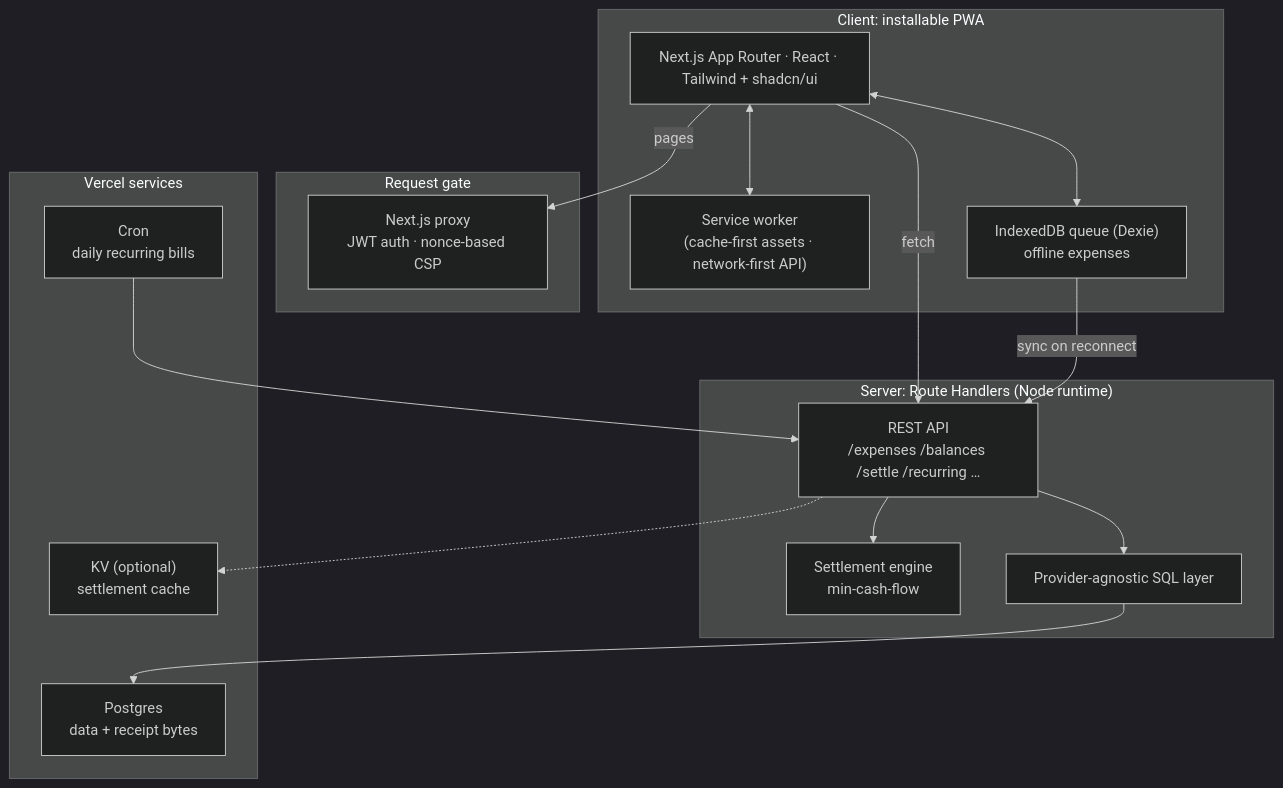
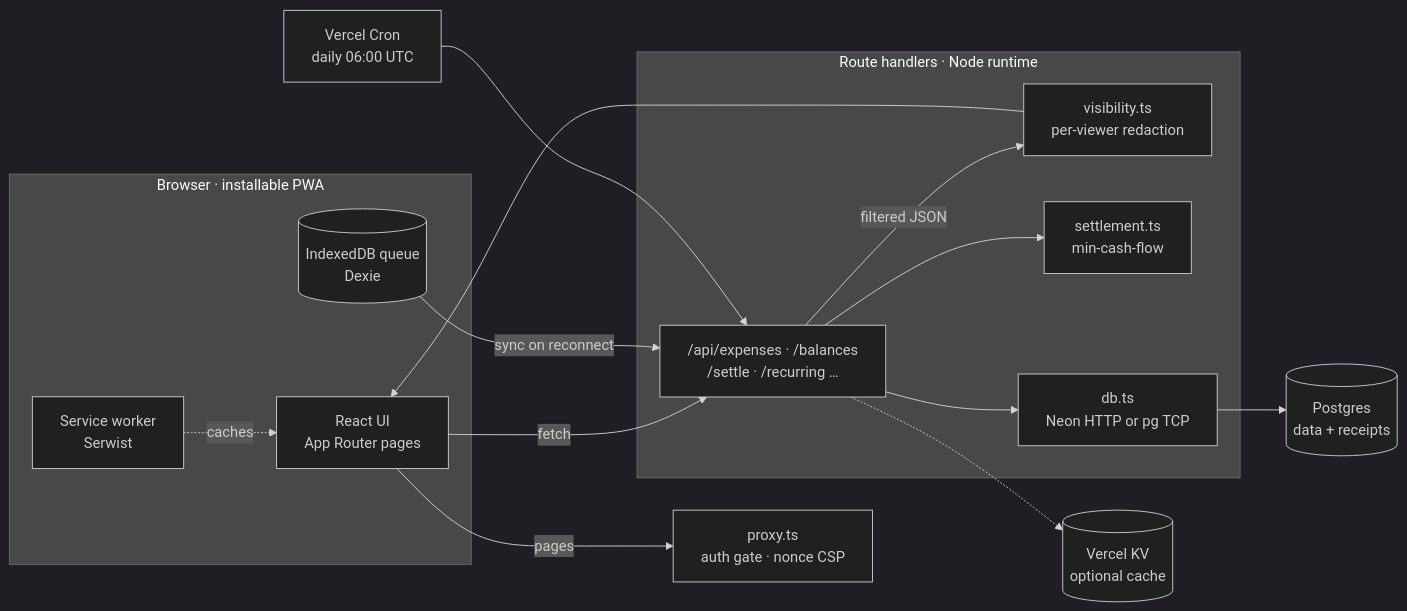
Before and after one commit to taylordrew4u2/Bill-Spilt: the diagram in README.md, drawn with Mermaid (dark theme). The commit also changed other lines of this file, not shown here.

````diff
--- a/README.md
+++ b/README.md
@@ -83,34 +66,31 @@
 ```mermaid
-flowchart TD
-    subgraph Client["Client: installable PWA"]
-        UI["Next.js App Router · React · Tailwind + shadcn/ui"]
-        SW["Service worker<br/>(cache-first assets · network-first API)"]
-        IDB["IndexedDB queue (Dexie)<br/>offline expenses"]
-        UI <--> SW
-        UI <--> IDB
+flowchart LR
+    subgraph Client["Browser · installable PWA"]
+        UI["React UI<br/>App Router pages"]
+        IDB[("IndexedDB queue<br/>Dexie")]
+        SW["Service worker<br/>Serwist"]
     end
 
-    subgraph Gate["Request gate"]
-        PX["Next.js proxy<br/>JWT auth · nonce-based CSP"]
+    PX["proxy.ts<br/>auth gate · nonce CSP"]
+
+    subgraph Server["Route handlers · Node runtime"]
+        API["/api/expenses · /balances<br/>/settle · /recurring …"]
+        VIS["visibility.ts<br/>per-viewer redaction"]
+        SET["settlement.ts<br/>min-cash-flow"]
+        DB["db.ts<br/>Neon HTTP or pg TCP"]
     end
 
-    subgraph Server["Server: Route Handlers (Node runtime)"]
-        API["REST API<br/>/expenses /balances /settle /recurring …"]
-        SET["Settlement engine<br/>min-cash-flow"]
-        DB["Provider-agnostic SQL layer"]
-    end
-
-    subgraph Infra["Vercel services"]
-        PG["Postgres<br/>data + receipt bytes"]
-        KV["KV (optional)<br/>settlement cache"]
-        CRON["Cron<br/>daily recurring bills"]
-    end
+    PG[("Postgres<br/>data + receipts")]
+    KV[("Vercel KV<br/>optional cache")]
+    CRON["Vercel Cron<br/>daily 06:00 UTC"]
 
     UI -->|pages| PX
     UI -->|fetch| API
     IDB -->|sync on reconnect| API
+    SW -.->|caches| UI
     API --> SET
     API --> DB --> PG
     API -.-> KV
+    API -->|filtered JSON| VIS --> UI
     CRON --> API
 ```
````
